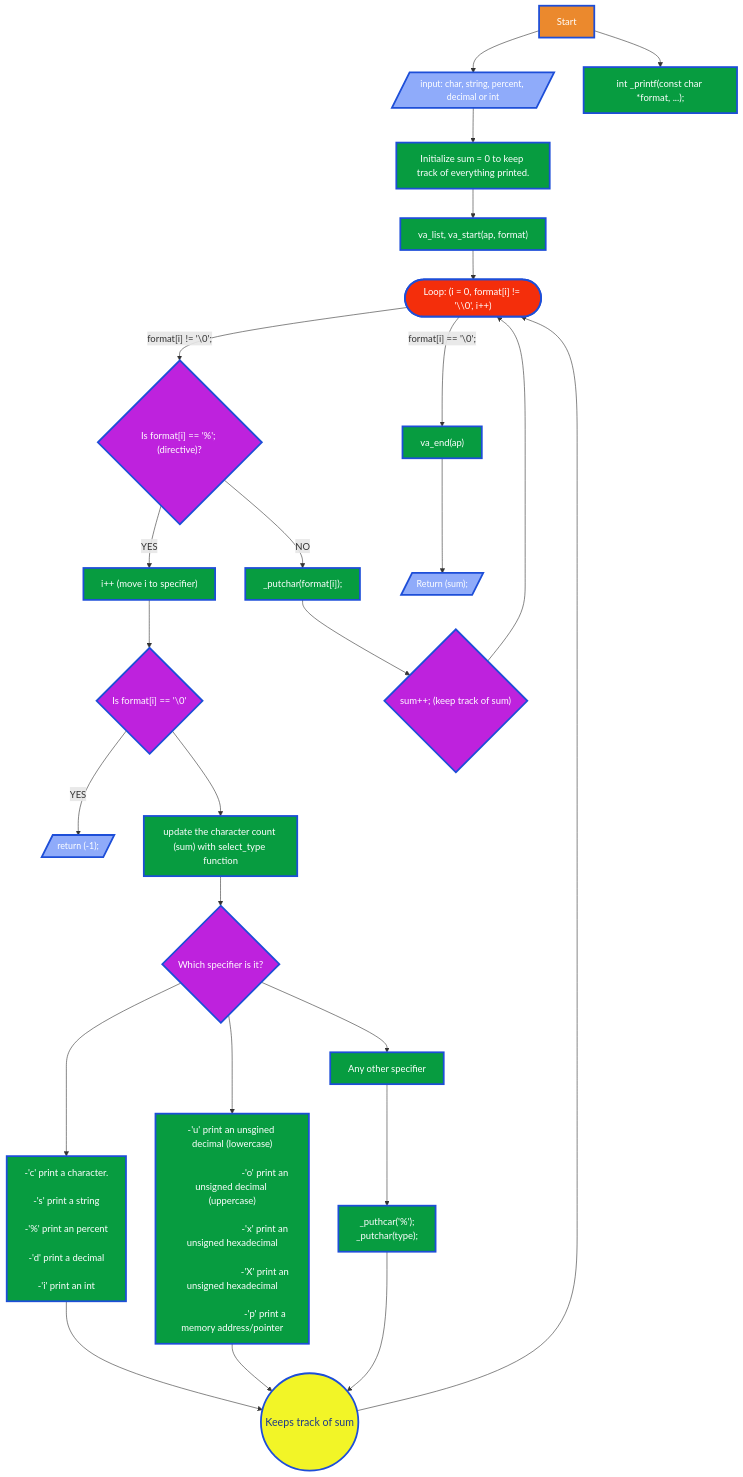
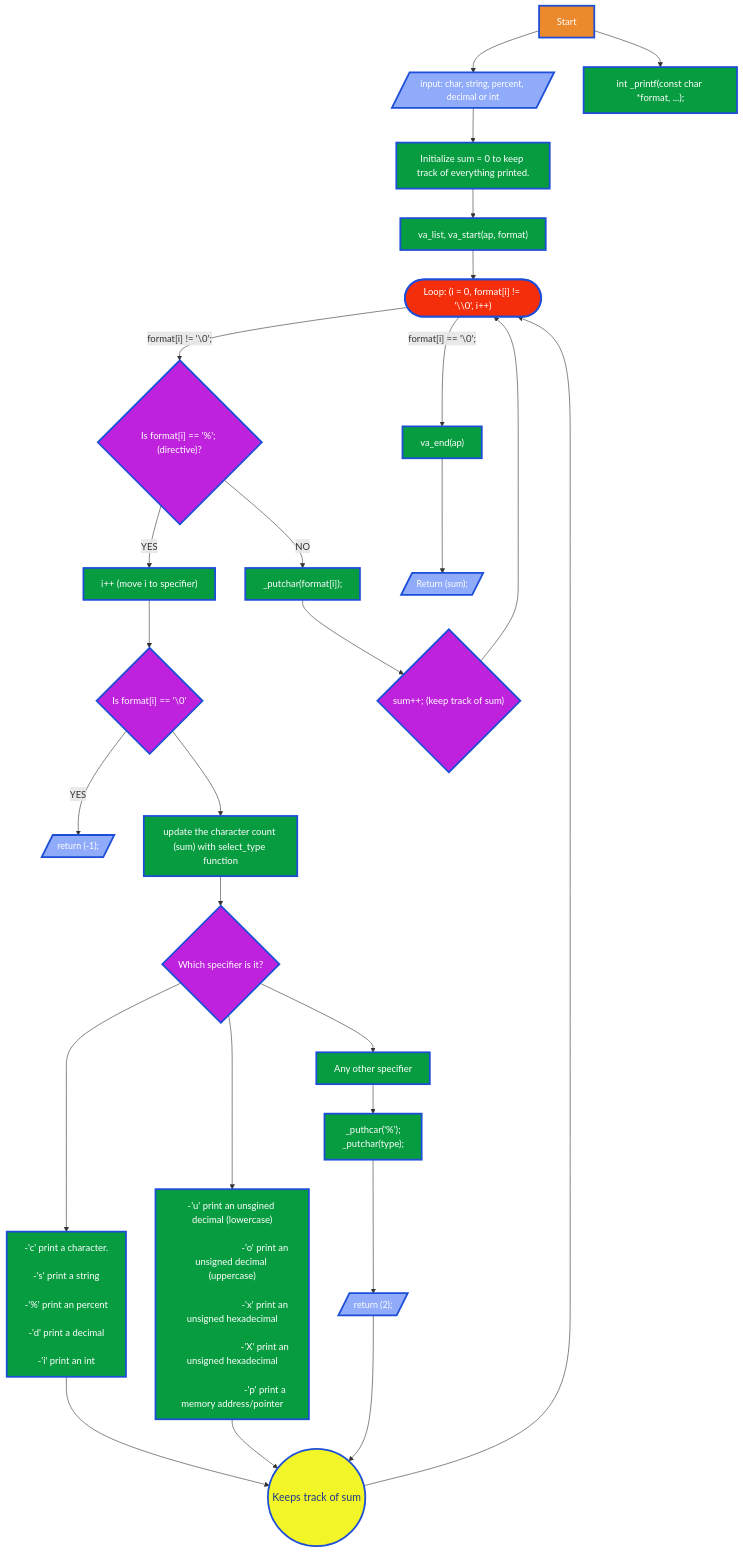
The diagram in README.md (juliangf94/holbertonschool-printf), drawn with Mermaid before and after one commit.

Commit message:
Fix the README.md file

````diff
--- a/README.md
+++ b/README.md
@@ -130,54 +130,55 @@
 ```mermaid
 flowchart TB
     A["Start"] --> B[/"input: char, string, percent, decimal or int"/]
     A --> C["int _printf(const char *format, ...);"]
     B --> D["Initialize sum = 0 to keep track of everything printed."]
     D --> E["va_list, va_start(ap, format)"]
         %% Structure of loop
         E --> AA(["Loop: (i = 0, format[i] != '\\0', i++)"])
             %% Loop start
             AA -- format[i] != '\0';--> AB{"Is format[i] == '%'; (directive)?"}
                 %% Directive found
                 AB -- YES --> AC["i++ (move i to specifier)"]
                 AC --> ACA{"Is format[i] == '\0'"}
                 ACA -- YES --> ACB[/"return (-1);"/]
                 ACA --> ACC["update the character count (sum) with select_type function"]
                         ACC --> AD{"Which specifier is it?"}
                             AD --> AE[" 
                             -'c' print a character.<br/>
                             -'s' print a string<br/>
                             -'%' print an percent<br/>
                             -'d' print a decimal<br/>
                             -'i' print an int<br/>"] & AF["
                             -'u' print an unsgined decimal (lowercase)<br/>
                             -'o' print an unsigned decimal (uppercase)<br/>
                             -'x' print an unsigned hexadecimal<br/>
                             -'X' print an unsigned hexadecimal<br/>
                             -'p' print a memory address/pointer<br/>
                             "]
-                            AD --> ADA["Any other specifier"] --> ADB["_puthcar('%');<BR/> _putchar(type); "] 
-                        AE & AF & ADB --> AG(("Keeps track of sum")) 
+                            AD --> ADA["Any other specifier"] 
+                            ADA--> ADB["_puthcar('%');<BR/> _putchar(type); "] --> ADC[/"return (2);"/] 
+                        AE & AF & ADC --> AG(("Keeps track of sum")) 
                         AG --> AA
                 %% Directive not found, prints regular character
                 AB -- NO --> BA["_putchar(format[i]);"]
                 BA --> BB{"sum++; (keep track of sum)" }
                     BB --> AA
             %% Loop End    
             AA -- format[i] == '\0';--> H["va_end(ap)"]
             H --> I[/"Return (sum);"/]
 
     %% Style
     classDef start fill:#EB892D,stroke:#1D4ED8,stroke-width:3px,color:white, font-size:16px;
     classDef process fill:#079C40,stroke:#1D4ED8,stroke-width:3px,color:white, font-size:16px;
     classDef data fill:#8FABFA,stroke:#1D4ED8,stroke-width:3px,color:white, font-size:15px;
     classDef loop fill:#F42E0B,stroke:#1D4ED8,stroke-width:3px,color:white, font-size:16px;
     classDef decision fill:#BE22DD,stroke:#1D4ED8,stroke-width:3px,color:white, font-size:16px;
     classDef connector fill:#F2F527,stroke:#1D4ED8,stroke-width:3px,color:#1E3A8A, font-size:18px;
 
     class A start;
     class C,D,E,AC,ACC,ADA,ADB,AE,AF,BA,H process;
     class AA loop;
-    class B,I,ACB data;
+    class B,I,ACB,ADC data;
     class F,AB,AD,ACA,BB decision;
     class AG connector;
 ```
````
